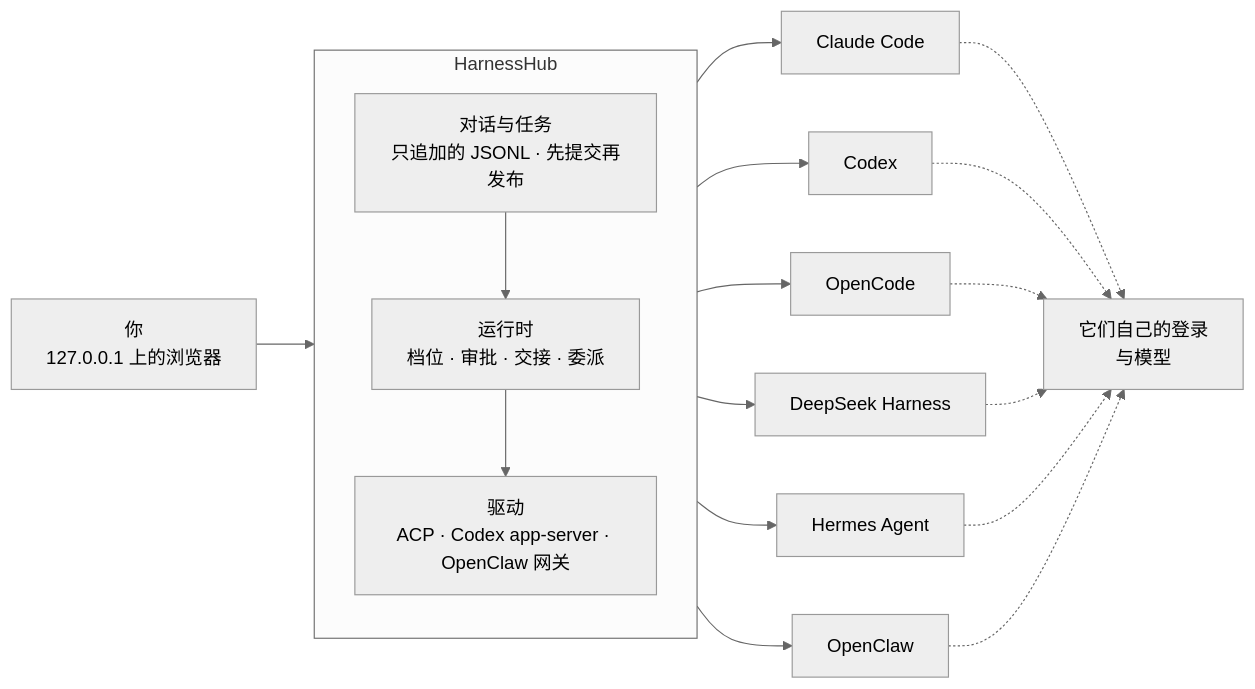
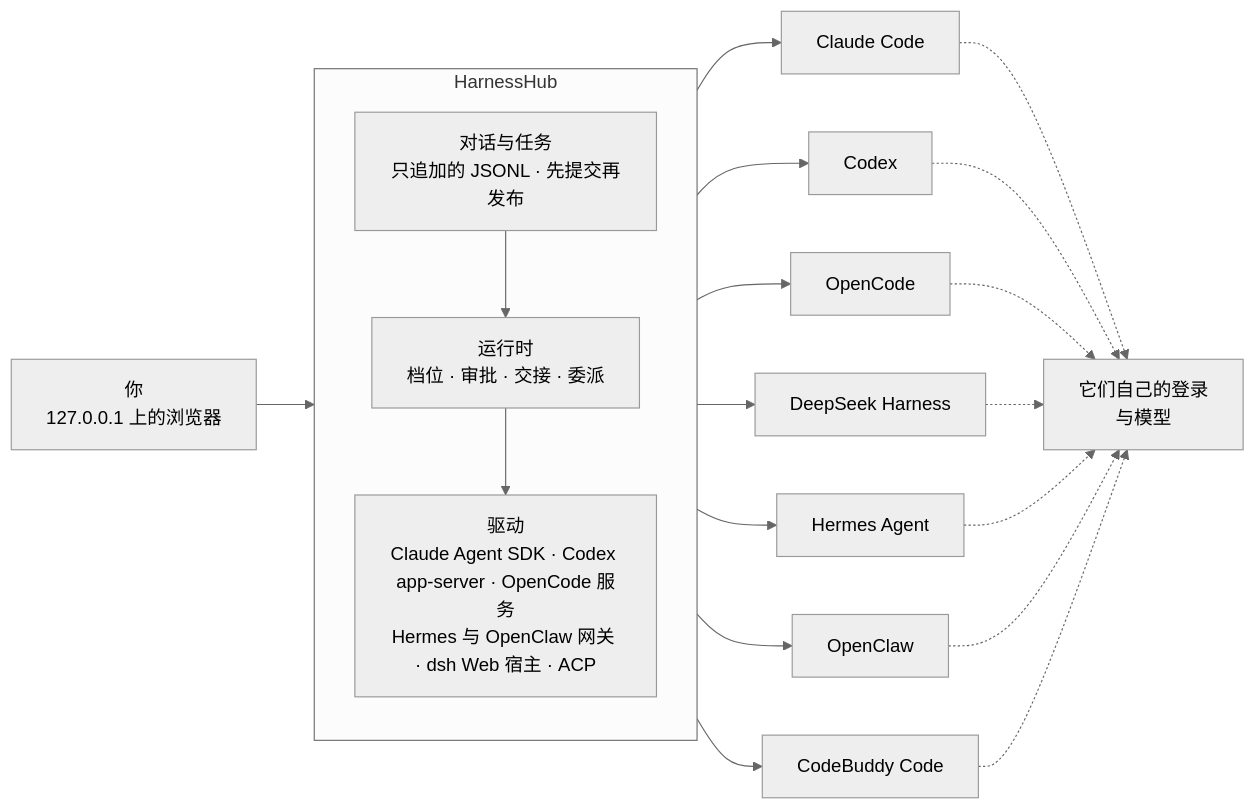
One commit to wyzz973/HarnessHub changed the diagram in README.zh-CN.md. Above: the diagram before and after it, drawn with Mermaid (neutral theme). The commit also changed other lines of this file and 3 other files, not shown here.

````diff
--- a/README.zh-CN.md
+++ b/README.zh-CN.md
@@ -98,16 +99,16 @@
 ```mermaid
 flowchart LR
     You["你<br/>127.0.0.1 上的浏览器"] --> Hub
 
     subgraph Hub["HarnessHub"]
         direction TB
         S["对话与任务<br/>只追加的 JSONL · 先提交再发布"]
         R["运行时<br/>档位 · 审批 · 交接 · 委派"]
-        D["驱动<br/>ACP · Codex app-server · OpenClaw 网关"]
+        D["驱动<br/>Claude Agent SDK · Codex app-server · OpenCode 服务<br/>Hermes 与 OpenClaw 网关 · dsh Web 宿主 · ACP"]
         S --> R --> D
     end
 
-    D --> CC["Claude Code"] & CX["Codex"] & OC["OpenCode"] & DS["DeepSeek Harness"] & HE["Hermes Agent"] & CL["OpenClaw"]
+    D --> CC["Claude Code"] & CX["Codex"] & OC["OpenCode"] & DS["DeepSeek Harness"] & HE["Hermes Agent"] & CL["OpenClaw"] & CB["CodeBuddy Code"]
 
-    CC & CX & OC & DS & HE & CL -.-> M["它们自己的登录<br/>与模型"]
+    CC & CX & OC & DS & HE & CL & CB -.-> M["它们自己的登录<br/>与模型"]
 ```
````
